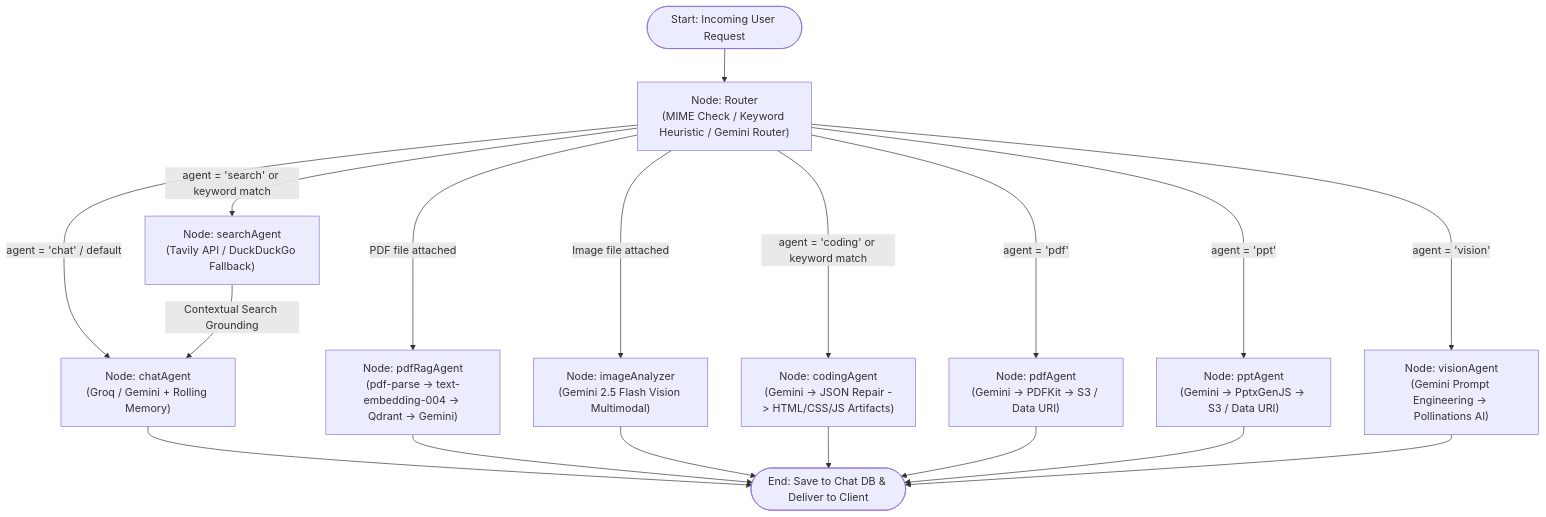
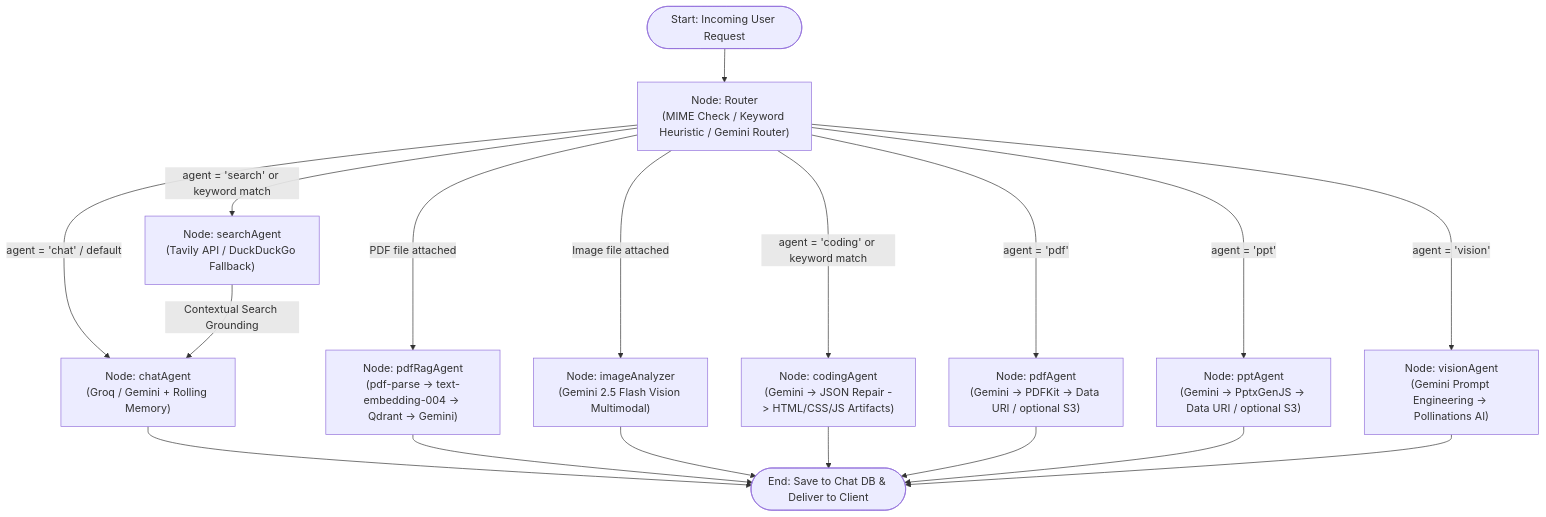
The third of 3 diagrams in README.md (himanshu-gupta15/MultiMind), drawn with Mermaid before and after one commit. The commit also changed other lines of this file, not shown here.

````diff
--- a/README.md
+++ b/README.md
@@ -472,22 +472,22 @@
 ```mermaid
 flowchart TD
     Start(["Start: Incoming User Request"]) --> RouterNode["Node: Router\n(MIME Check / Keyword Heuristic / Gemini Router)"]
 
     RouterNode -->|PDF file attached| PDFRagAgent["Node: pdfRagAgent\n(pdf-parse -> text-embedding-004 -> Qdrant -> Gemini)"]
     RouterNode -->|Image file attached| ImageAnalyzerAgent["Node: imageAnalyzer\n(Gemini 2.5 Flash Vision Multimodal)"]
     RouterNode -->|agent = 'search' or keyword match| SearchAgent["Node: searchAgent\n(Tavily API / DuckDuckGo Fallback)"]
     RouterNode -->|agent = 'coding' or keyword match| CodingAgent["Node: codingAgent\n(Gemini -> JSON Repair -> HTML/CSS/JS Artifacts)"]
-    RouterNode -->|agent = 'pdf'| PDFAgent["Node: pdfAgent\n(Gemini -> PDFKit -> S3 / Data URI)"]
-    RouterNode -->|agent = 'ppt'| PPTAgent["Node: pptAgent\n(Gemini -> PptxGenJS -> S3 / Data URI)"]
+    RouterNode -->|agent = 'pdf'| PDFAgent["Node: pdfAgent\n(Gemini -> PDFKit -> Data URI / optional S3)"]
+    RouterNode -->|agent = 'ppt'| PPTAgent["Node: pptAgent\n(Gemini -> PptxGenJS -> Data URI / optional S3)"]
     RouterNode -->|agent = 'vision'| VisionAgent["Node: visionAgent\n(Gemini Prompt Engineering -> Pollinations AI)"]
     RouterNode -->|agent = 'chat' / default| ChatAgent["Node: chatAgent\n(Groq / Gemini + Rolling Memory)"]
 
     SearchAgent -->|Contextual Search Grounding| ChatAgent
     ChatAgent --> EndNode(["End: Save to Chat DB & Deliver to Client"])
     PDFRagAgent --> EndNode
     ImageAnalyzerAgent --> EndNode
     CodingAgent --> EndNode
     PDFAgent --> EndNode
     PPTAgent --> EndNode
     VisionAgent --> EndNode
 ```
````
